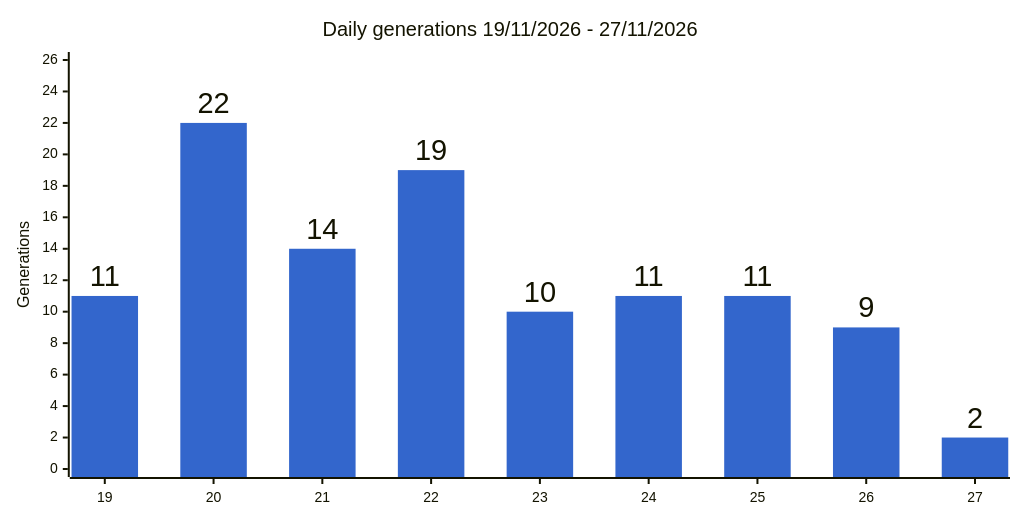
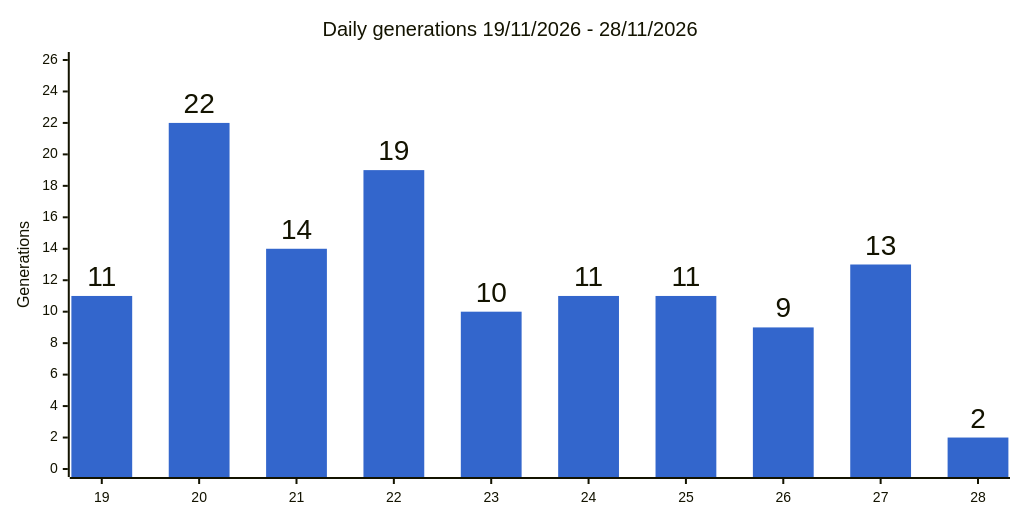
One commit to gmoulard/wikipedia2book changed the second of 4 diagrams in docs/stats.md. Above: the diagram before and after it, drawn with Mermaid. The commit also changed other lines of this file and 3 other files, not shown here.

````diff
--- a/docs/stats.md
+++ b/docs/stats.md
@@ -32,8 +32,8 @@
 ```mermaid
 %%{init: {"xyChart": {"width": 1000, "showDataLabel": true, "showDataLabelOutsideBar": true}, "themeVariables": {"xyChart": {"plotColorPalette": "#3366cc"}}}}%%
 xychart-beta
-    title "Daily generations 19/11/2026 - 27/11/2026"
-    x-axis ["19", "20", "21", "22", "23", "24", "25", "26", "27"]
+    title "Daily generations 19/11/2026 - 28/11/2026"
+    x-axis ["19", "20", "21", "22", "23", "24", "25", "26", "27", "28"]
     y-axis "Generations" 0 --> 26
-    bar [11, 22, 14, 19, 10, 11, 11, 9, 2]
+    bar [11, 22, 14, 19, 10, 11, 11, 9, 13, 2]
 ```
````
